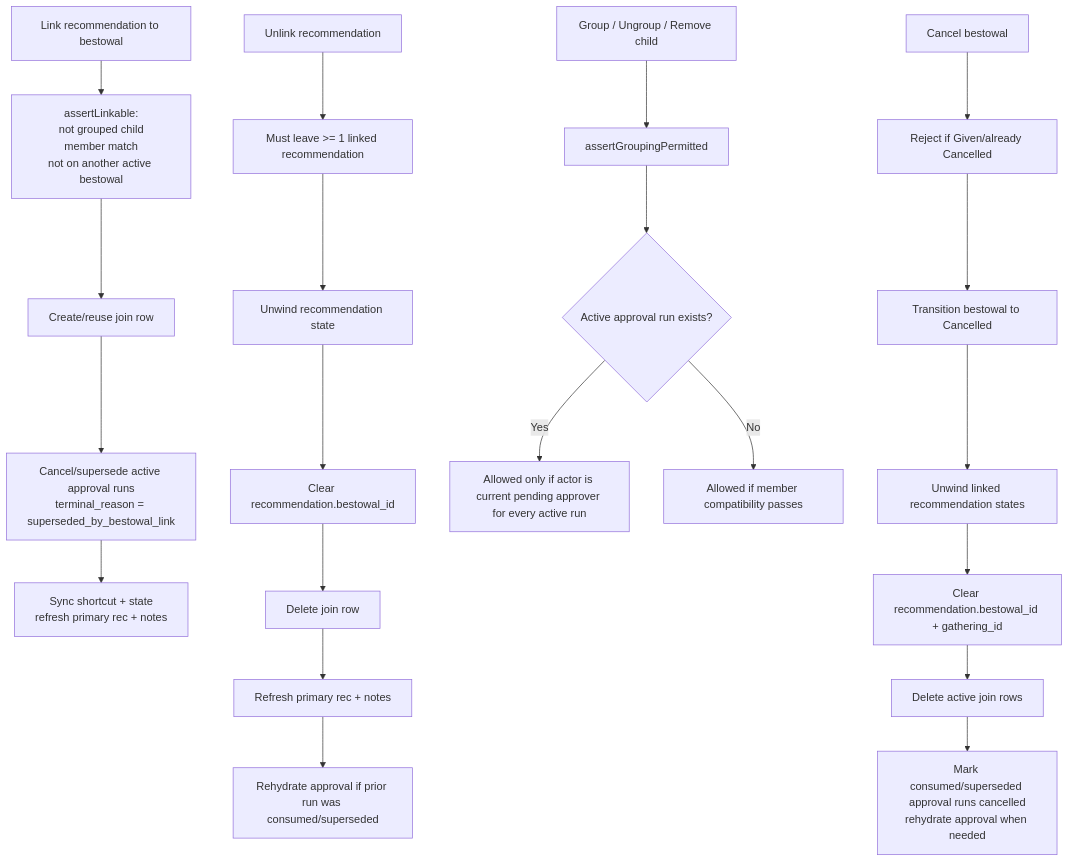
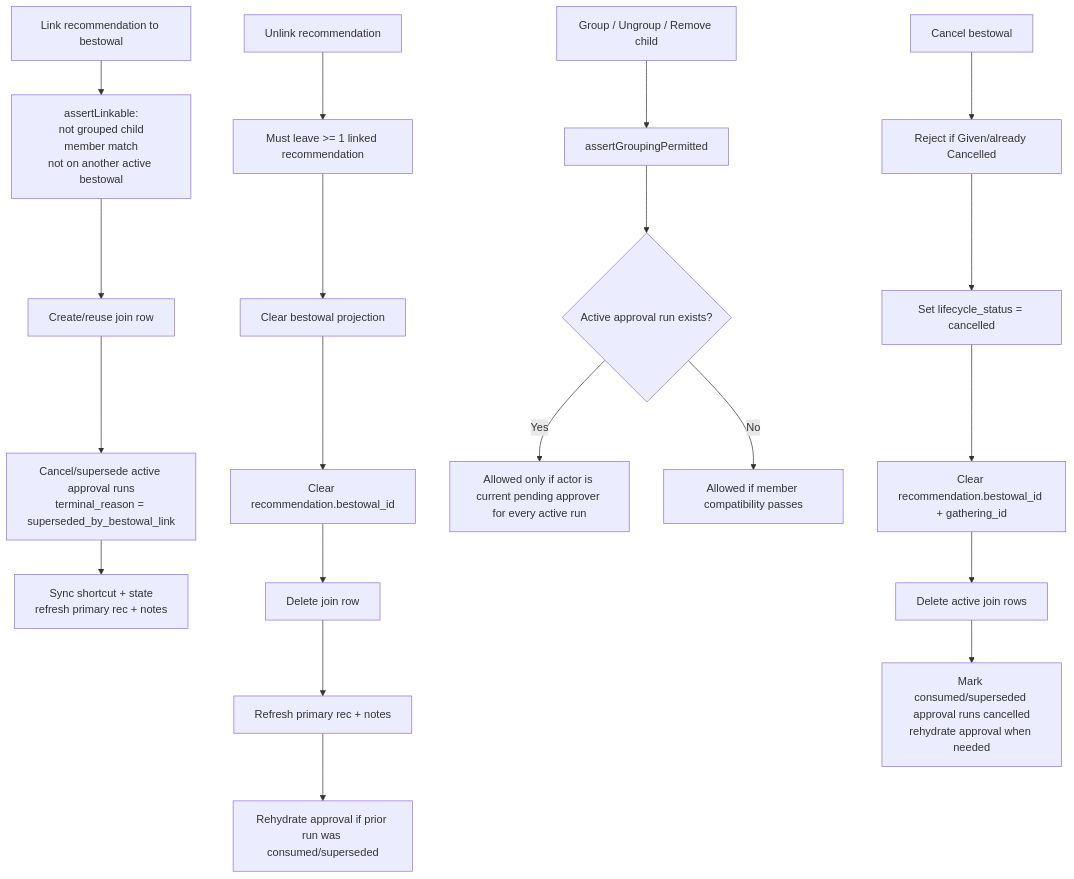
The fourth of 6 diagrams in app/docs/awards-recommendation-bestowal-workflow-diagrams.md (Ansteorra/KMP), drawn with Mermaid before and after one commit. The commit also changed other lines of this file and 20 other files, not shown here.

Commit message:
fix(awards): enforce recommendation terminal lifecycle

````diff
--- a/app/docs/awards-recommendation-bestowal-workflow-diagrams.md
+++ b/app/docs/awards-recommendation-bestowal-workflow-diagrams.md
@@ -71,26 +57,25 @@
 ```mermaid
 flowchart TD
     L1["Link recommendation to bestowal"] --> L2["assertLinkable:<br/>not grouped child<br/>member match<br/>not on another active bestowal"]
     L2 --> L3["Create/reuse join row"]
     L3 --> L4["Cancel/supersede active approval runs<br/>terminal_reason = superseded_by_bestowal_link"]
     L4 --> L5["Sync shortcut + state<br/>refresh primary rec + notes"]
 
     U1["Unlink recommendation"] --> U2["Must leave >= 1 linked recommendation"]
-    U2 --> U3["Unwind recommendation state"]
+    U2 --> U3["Clear bestowal projection"]
     U3 --> U4["Clear recommendation.bestowal_id"]
     U4 --> U5["Delete join row"]
     U5 --> U6["Refresh primary rec + notes"]
     U6 --> U7["Rehydrate approval if prior run was consumed/superseded"]
 
     G1["Group / Ungroup / Remove child"] --> G2["assertGroupingPermitted"]
     G2 --> G3{"Active approval run exists?"}
     G3 -- "Yes" --> G4["Allowed only if actor is current pending approver for every active run"]
     G3 -- "No" --> G5["Allowed if member compatibility passes"]
 
     C1["Cancel bestowal"] --> C2["Reject if Given/already Cancelled"]
-    C2 --> C3["Transition bestowal to Cancelled"]
-    C3 --> C4["Unwind linked recommendation states"]
-    C4 --> C5["Clear recommendation.bestowal_id + gathering_id"]
-    C5 --> C6["Delete active join rows"]
-    C6 --> C7["Mark consumed/superseded approval runs cancelled<br/>rehydrate approval when needed"]
+    C2 --> C3["Set lifecycle_status = cancelled"]
+    C3 --> C4["Clear recommendation.bestowal_id + gathering_id"]
+    C4 --> C5["Delete active join rows"]
+    C5 --> C6["Mark consumed/superseded approval runs cancelled<br/>rehydrate approval when needed"]
 ```
````
